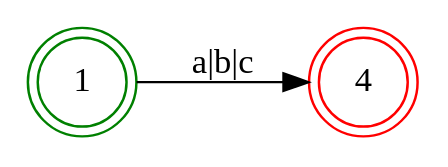
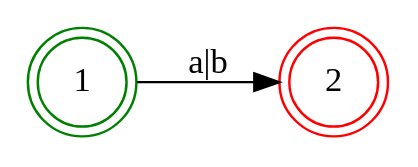
One commit to v012345/lua5.4.4 changed the diagram in scripts/lua/dot/NDF.dot. Above: the diagram before and after it, drawn with Graphviz. The commit also changed 2 other files, not shown here.

```diff
--- a/scripts/lua/dot/NDF.dot
+++ b/scripts/lua/dot/NDF.dot
@@ -1,8 +1,8 @@
 digraph NDF {
     rankdir = LR;
     node [shape = doublecircle;];
     1 [color = green;];
-    4 [color = red;];
+    2 [color = red;];
     node [shape = circle;];
-    1 -> 4 [label = "a|b|c";];
+    1 -> 2 [label = "a|b";];
 }
```
